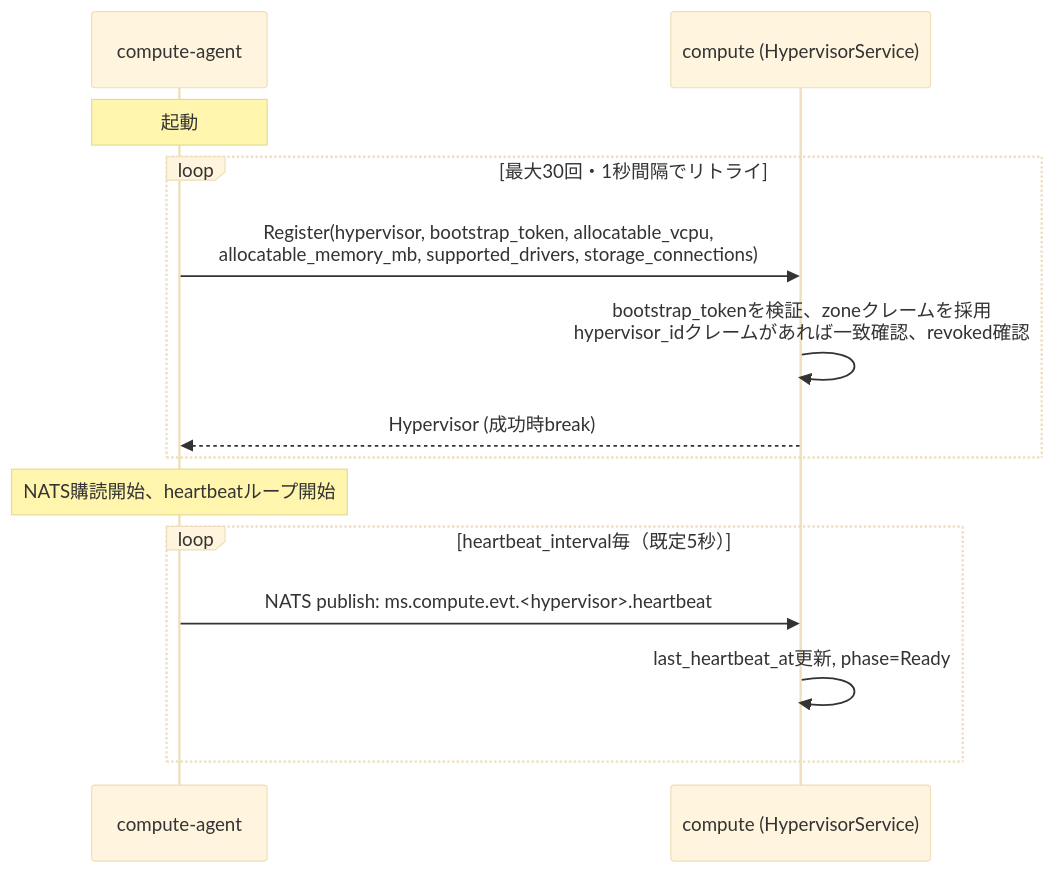
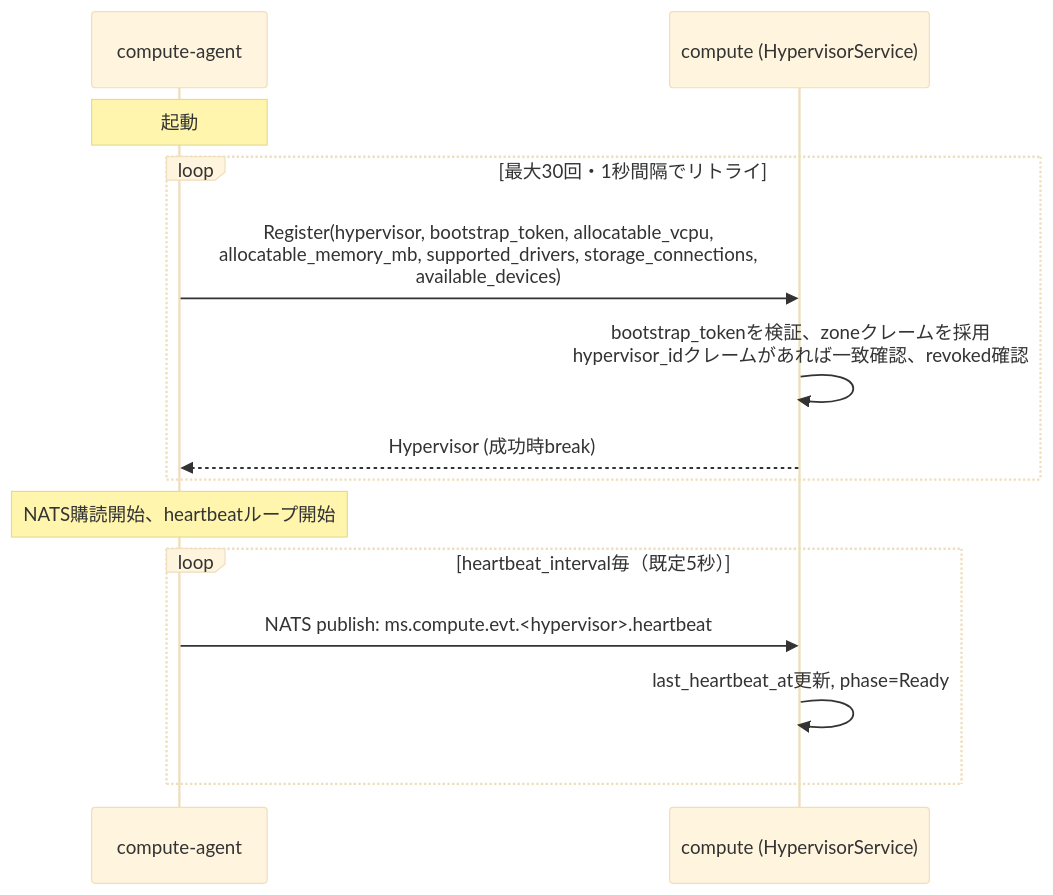
One commit to kiyuta1230/kyuusha changed the first of 2 diagrams in docs/specs/hypervisor-bootstrap.md. Above: the diagram before and after it, drawn with Mermaid (base theme). The commit also changed other lines of this file and 33 other files, not shown here.

````diff
--- a/docs/specs/hypervisor-bootstrap.md
+++ b/docs/specs/hypervisor-bootstrap.md
@@ -29,17 +29,17 @@
 ```mermaid
 sequenceDiagram
     participant A as compute-agent
     participant C as compute (HypervisorService)
 
     Note over A: 起動
     loop 最大30回・1秒間隔でリトライ
-        A->>C: Register(hypervisor, bootstrap_token, allocatable_vcpu,<br/>allocatable_memory_mb, supported_drivers, storage_connections)
+        A->>C: Register(hypervisor, bootstrap_token, allocatable_vcpu,<br/>allocatable_memory_mb, supported_drivers, storage_connections,<br/>available_devices)
         C->>C: bootstrap_tokenを検証、zoneクレームを採用<br/>hypervisor_idクレームがあれば一致確認、revoked確認
         C-->>A: Hypervisor (成功時break)
     end
     Note over A: NATS購読開始、heartbeatループ開始
     loop heartbeat_interval毎（既定5秒）
         A->>C: NATS publish: ms.compute.evt.<hypervisor>.heartbeat
         C->>C: last_heartbeat_at更新, phase=Ready
     end
 ```
````
